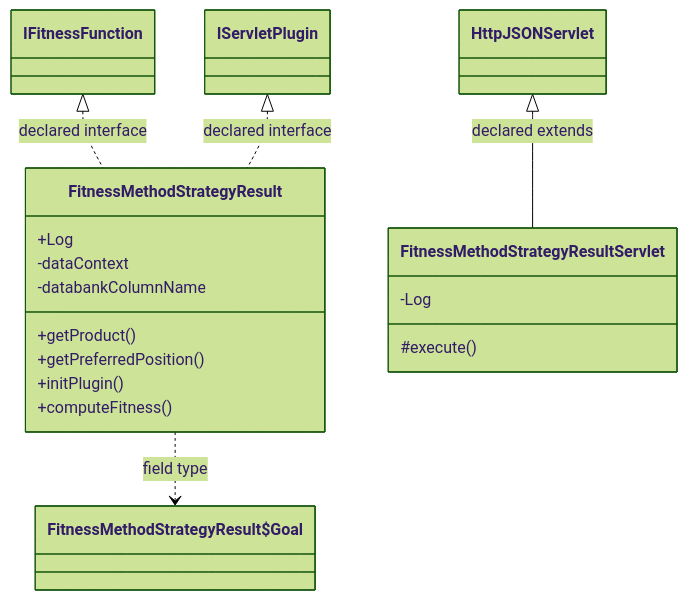
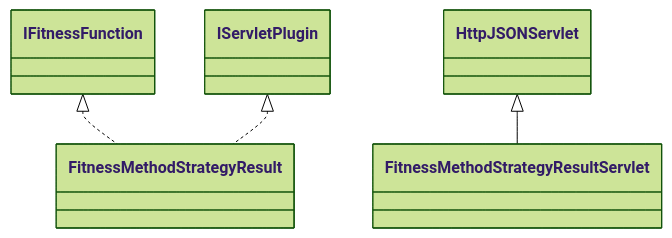
The diagram in docs/sqx/Shared/FitnessMethodStrategyResult.md (haruperi/HaruQuantAI), drawn with Mermaid (forest theme) before and after one commit. The commit also changed other lines of this file and 1688 other files, not shown here.

````diff
--- a/docs/sqx/Shared/FitnessMethodStrategyResult.md
+++ b/docs/sqx/Shared/FitnessMethodStrategyResult.md
@@ -30,24 +26,11 @@
 ```mermaid
 classDiagram
-    class C633673c3ed9f["FitnessMethodStrategyResult"] {
-        +Log
-        -dataContext
-        -databankColumnName
-        +getProduct()
-        +getPreferredPosition()
-        +initPlugin()
-        +computeFitness()
-    }
-    class C17750fea9d07["FitnessMethodStrategyResultServlet"] {
-        -Log
-        #execute()
-    }
-    class C3c0a91958e1c["FitnessMethodStrategyResult$Goal"]
-    class C76653c322567["IFitnessFunction"]
-    class C249b5c671b1a["IServletPlugin"]
-    class C8900f90ae594["HttpJSONServlet"]
-    C76653c322567 <|.. C633673c3ed9f : declared interface
-    C249b5c671b1a <|.. C633673c3ed9f : declared interface
-    C633673c3ed9f ..> C3c0a91958e1c : field type
-    C8900f90ae594 <|-- C17750fea9d07 : declared extends
+    class C0["FitnessMethodStrategyResult"]
+    class C1["FitnessMethodStrategyResultServlet"]
+    class E0["IFitnessFunction"]
+    E0 <|.. C0
+    class E1["IServletPlugin"]
+    E1 <|.. C0
+    class E2["HttpJSONServlet"]
+    E2 <|-- C1
 ```
````
